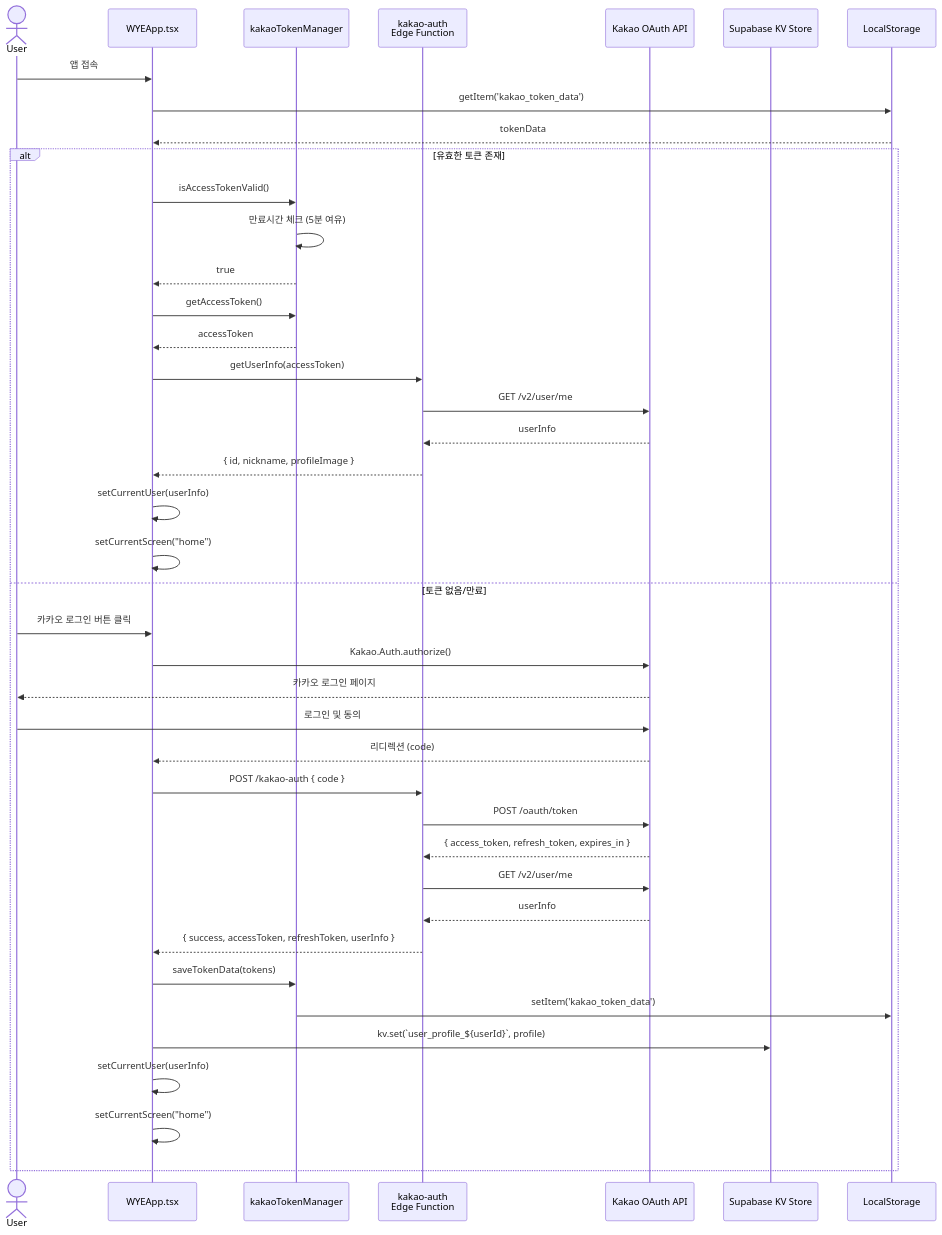
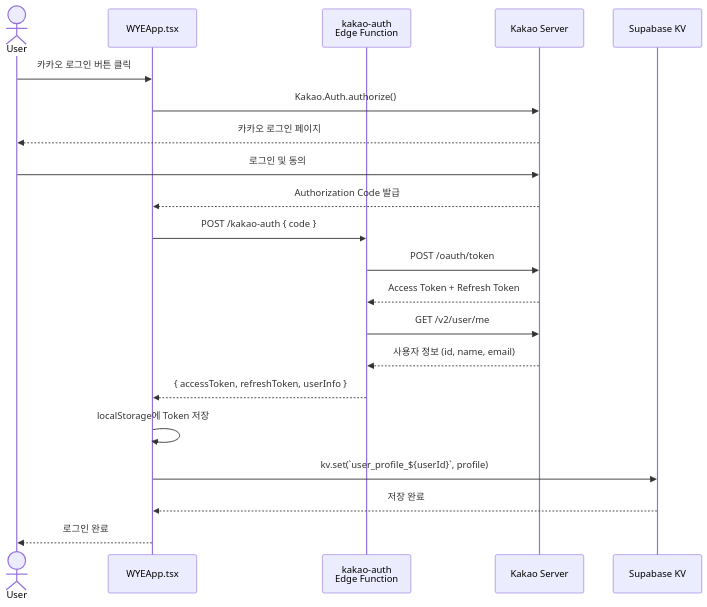
The first of 4 diagrams in README.md (mongkwon/graduateproj1), drawn with Mermaid before and after one commit. The commit also changed other lines of this file, not shown here.

````diff
--- a/README.md
+++ b/README.md
@@ -5,45 +5,24 @@
 ```mermaid
 sequenceDiagram
     actor User
     participant WYE as WYEApp.tsx
-    participant TokenMgr as kakaoTokenManager
     participant EdgeFn as kakao-auth<br/>Edge Function
-    participant KakaoAPI as Kakao OAuth API
-    participant SupabaseKV as Supabase KV Store
-    participant LocalStorage
+    participant Kakao as Kakao Server
+    participant KV as Supabase KV
 
-    User->>WYE: 앱 접속
-    WYE->>LocalStorage: getItem('kakao_token_data')
-    LocalStorage-->>WYE: tokenData
-    
-    alt 유효한 토큰 존재
-        WYE->>TokenMgr: isAccessTokenValid()
-        TokenMgr->>TokenMgr: 만료시간 체크 (5분 여유)
-        TokenMgr-->>WYE: true
-        WYE->>TokenMgr: getAccessToken()
-        TokenMgr-->>WYE: accessToken
-        WYE->>EdgeFn: getUserInfo(accessToken)
-        EdgeFn->>KakaoAPI: GET /v2/user/me
-        KakaoAPI-->>EdgeFn: userInfo
-        EdgeFn-->>WYE: { id, nickname, profileImage }
-        WYE->>WYE: setCurrentUser(userInfo)
-        WYE->>WYE: setCurrentScreen("home")
-    else 토큰 없음/만료
-        User->>WYE: 카카오 로그인 버튼 클릭
-        WYE->>KakaoAPI: Kakao.Auth.authorize()
-        KakaoAPI-->>User: 카카오 로그인 페이지
-        User->>KakaoAPI: 로그인 및 동의
-        KakaoAPI-->>WYE: 리디렉션 (code)
-        WYE->>EdgeFn: POST /kakao-auth { code }
-        EdgeFn->>KakaoAPI: POST /oauth/token
-        KakaoAPI-->>EdgeFn: { access_token, refresh_token, expires_in }
-        EdgeFn->>KakaoAPI: GET /v2/user/me
-        KakaoAPI-->>EdgeFn: userInfo
-        EdgeFn-->>WYE: { success, accessToken, refreshToken, userInfo }
-        WYE->>TokenMgr: saveTokenData(tokens)
-        TokenMgr->>LocalStorage: setItem('kakao_token_data')
-        WYE->>SupabaseKV: kv.set(`user_profile_${userId}`, profile)
-        WYE->>WYE: setCurrentUser(userInfo)
-        WYE->>WYE: setCurrentScreen("home")
-    end
+    User->>WYE: 카카오 로그인 버튼 클릭
+    WYE->>Kakao: Kakao.Auth.authorize()
+    Kakao-->>User: 카카오 로그인 페이지
+    User->>Kakao: 로그인 및 동의
+    Kakao-->>WYE: Authorization Code 발급
+    WYE->>EdgeFn: POST /kakao-auth { code }
+    EdgeFn->>Kakao: POST /oauth/token
+    Kakao-->>EdgeFn: Access Token + Refresh Token
+    EdgeFn->>Kakao: GET /v2/user/me
+    Kakao-->>EdgeFn: 사용자 정보 (id, name, email)
+    EdgeFn-->>WYE: { accessToken, refreshToken, userInfo }
+    WYE->>WYE: localStorage에 Token 저장
+    WYE->>KV: kv.set(`user_profile_${userId}`, profile)
+    KV-->>WYE: 저장 완료
+    WYE-->>User: 로그인 완료
 ```
````
